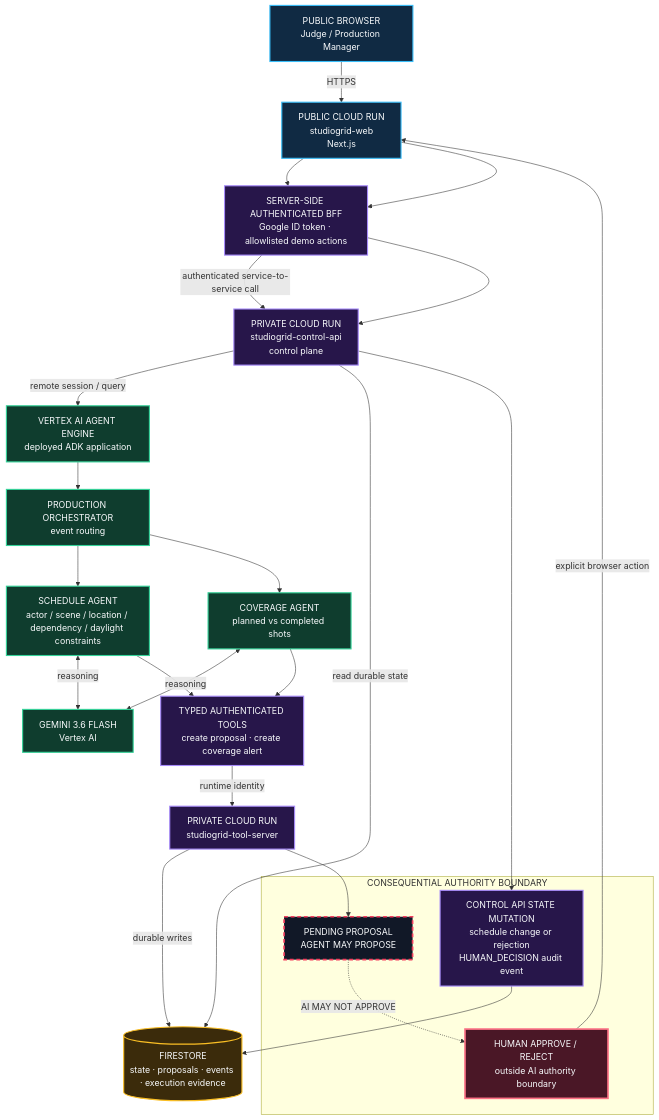
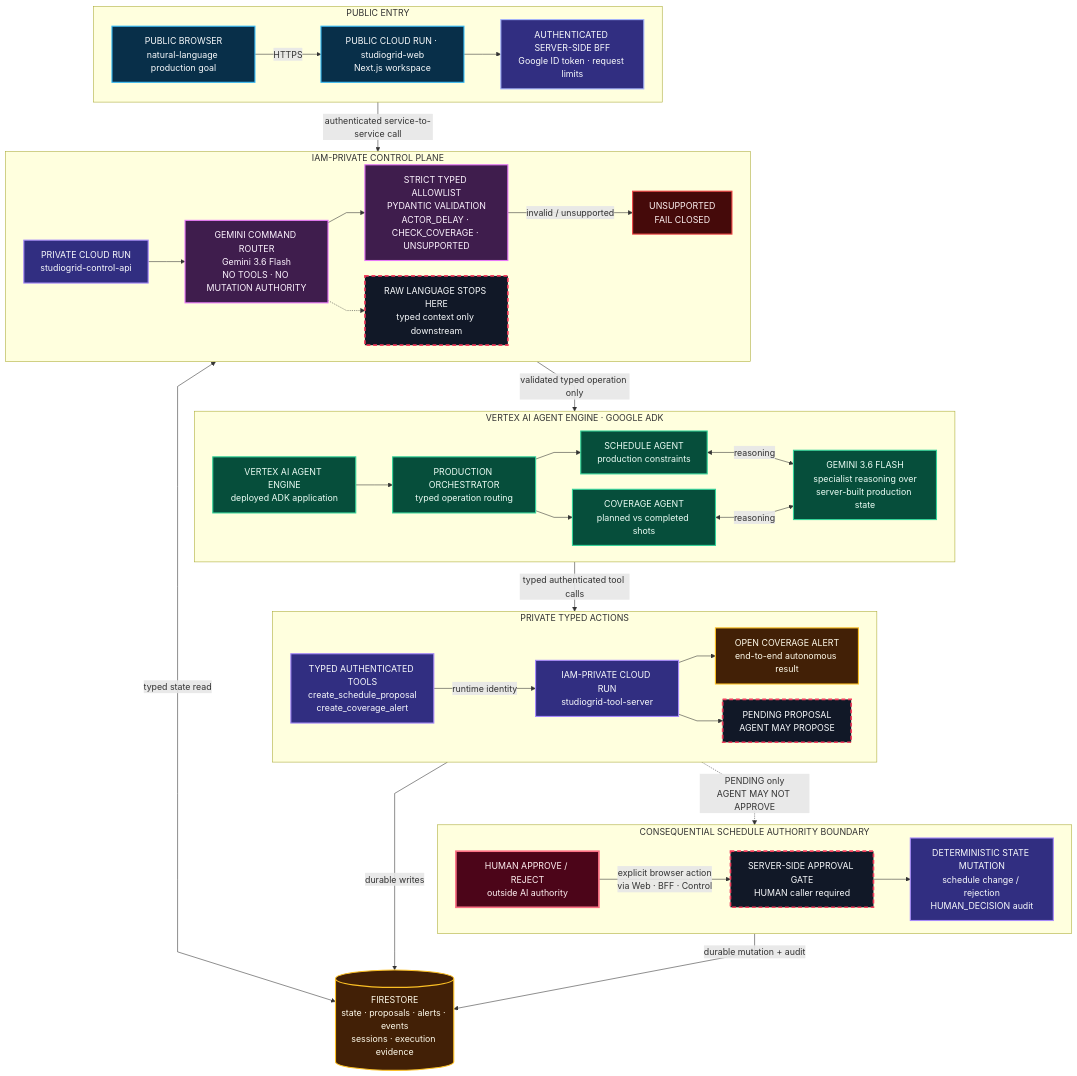
One commit to a63909/StudioGridAI changed the diagram in docs/all-things-agentic/architecture.mmd. Above: the diagram before and after it, drawn with Mermaid. The commit also changed 13 other files, not shown here.

Commit message:
Align All Things Agentic submission with Production Command

```diff
--- a/docs/all-things-agentic/architecture.mmd
+++ b/docs/all-things-agentic/architecture.mmd
@@ -1,52 +1,74 @@
+%%{init: {"flowchart": {"curve": "linear", "nodeSpacing": 28, "rankSpacing": 42}}}%%
 flowchart TB
-    classDef public fill:#102a43,stroke:#38bdf8,color:#f8fafc,stroke-width:2px
-    classDef private fill:#27164a,stroke:#a78bfa,color:#f8fafc,stroke-width:2px
-    classDef agent fill:#0f3d2e,stroke:#34d399,color:#f8fafc,stroke-width:2px
-    classDef data fill:#3b2b0b,stroke:#fbbf24,color:#f8fafc,stroke-width:2px
-    classDef human fill:#4a1726,stroke:#fb7185,color:#f8fafc,stroke-width:3px
-    classDef boundary fill:#111827,stroke:#f43f5e,color:#f8fafc,stroke-width:3px,stroke-dasharray: 7 5
+    classDef public fill:#082f49,stroke:#38bdf8,color:#f8fafc,stroke-width:2px
+    classDef control fill:#312e81,stroke:#a5b4fc,color:#f8fafc,stroke-width:2px
+    classDef safety fill:#3f1d4d,stroke:#e879f9,color:#fdf4ff,stroke-width:2px
+    classDef agent fill:#064e3b,stroke:#34d399,color:#ecfdf5,stroke-width:2px
+    classDef private fill:#312e81,stroke:#a78bfa,color:#f8fafc,stroke-width:2px
+    classDef data fill:#422006,stroke:#fbbf24,color:#fffbeb,stroke-width:2px
+    classDef human fill:#4c0519,stroke:#fb7185,color:#fff1f2,stroke-width:3px
+    classDef boundary fill:#111827,stroke:#f43f5e,color:#f8fafc,stroke-width:3px,stroke-dasharray:7 5
+    classDef closed fill:#450a0a,stroke:#ef4444,color:#fef2f2,stroke-width:2px
 
-    Browser["PUBLIC BROWSER<br/>Judge / Production Manager"]:::public
-    Web["PUBLIC CLOUD RUN<br/>studiogrid-web<br/>Next.js"]:::public
-    BFF["SERVER-SIDE AUTHENTICATED BFF<br/>Google ID token · allowlisted demo actions"]:::private
-    Control["PRIVATE CLOUD RUN<br/>studiogrid-control-api<br/>control plane"]:::private
-    Engine["VERTEX AI AGENT ENGINE<br/>deployed ADK application"]:::agent
-    Orchestrator["PRODUCTION ORCHESTRATOR<br/>event routing"]:::agent
-    Schedule["SCHEDULE AGENT<br/>actor / scene / location / dependency / daylight constraints"]:::agent
-    Coverage["COVERAGE AGENT<br/>planned vs completed shots"]:::agent
-    Gemini["GEMINI 3.6 FLASH<br/>Vertex AI"]:::agent
-    Tools["TYPED AUTHENTICATED TOOLS<br/>create proposal · create coverage alert"]:::private
-    ToolServer["PRIVATE CLOUD RUN<br/>studiogrid-tool-server"]:::private
-    Firestore[("FIRESTORE<br/>state · proposals · events · execution evidence")]:::data
+    subgraph Entry["PUBLIC ENTRY"]
+        direction LR
+        Browser["PUBLIC BROWSER<br/>natural-language production goal"]:::public
+        Web["PUBLIC CLOUD RUN · studiogrid-web<br/>Next.js workspace"]:::public
+        BFF["AUTHENTICATED SERVER-SIDE BFF<br/>Google ID token · request limits"]:::control
+        Browser -->|HTTPS| Web --> BFF
+    end
 
-    Pending["PENDING PROPOSAL<br/>AGENT MAY PROPOSE"]:::boundary
-    Human["HUMAN APPROVE / REJECT<br/>outside AI authority boundary"]:::human
-    Mutation["CONTROL API STATE MUTATION<br/>schedule change or rejection<br/>HUMAN_DECISION audit event"]:::private
+    subgraph ControlPlane["IAM-PRIVATE CONTROL PLANE"]
+        direction LR
+        Control["PRIVATE CLOUD RUN<br/>studiogrid-control-api"]:::private
+        Router["GEMINI COMMAND ROUTER<br/>Gemini 3.6 Flash<br/>NO TOOLS · NO MUTATION AUTHORITY"]:::safety
+        Validate["STRICT TYPED ALLOWLIST<br/>PYDANTIC VALIDATION<br/>ACTOR_DELAY · CHECK_COVERAGE · UNSUPPORTED"]:::safety
+        RawStop["RAW LANGUAGE STOPS HERE<br/>typed context only downstream"]:::boundary
+        Unsupported["UNSUPPORTED<br/>FAIL CLOSED"]:::closed
+        Control --> Router --> Validate
+        Router -.-> RawStop
+        Validate -->|invalid / unsupported| Unsupported
+    end
 
-    Browser -->|HTTPS| Web
-    Web --> BFF
-    BFF -->|authenticated service-to-service call| Control
-    Control -->|remote session / query| Engine
-    Engine --> Orchestrator
-    Orchestrator --> Schedule
-    Orchestrator --> Coverage
-    Schedule <-->|reasoning| Gemini
-    Coverage <-->|reasoning| Gemini
-    Schedule --> Tools
-    Coverage --> Tools
-    Tools -->|runtime identity| ToolServer
-    ToolServer -->|durable writes| Firestore
-    Control -->|read durable state| Firestore
-    ToolServer --> Pending
-    Pending -. "AI MAY NOT APPROVE" .-> Human
-    Human -->|explicit browser action| Web
-    Web --> BFF
-    BFF --> Control
-    Control --> Mutation
-    Mutation --> Firestore
+    subgraph AgentRuntime["VERTEX AI AGENT ENGINE · GOOGLE ADK"]
+        direction LR
+        Engine["VERTEX AI AGENT ENGINE<br/>deployed ADK application"]:::agent
+        Orchestrator["PRODUCTION ORCHESTRATOR<br/>typed operation routing"]:::agent
+        Schedule["SCHEDULE AGENT<br/>production constraints"]:::agent
+        Coverage["COVERAGE AGENT<br/>planned vs completed shots"]:::agent
+        SpecialistGemini["GEMINI 3.6 FLASH<br/>specialist reasoning over<br/>server-built production state"]:::agent
+        Engine --> Orchestrator
+        Orchestrator --> Schedule
+        Orchestrator --> Coverage
+        Schedule <-->|reasoning| SpecialistGemini
+        Coverage <-->|reasoning| SpecialistGemini
+    end
 
-    subgraph Authority["CONSEQUENTIAL AUTHORITY BOUNDARY"]
-      Pending
-      Human
-      Mutation
+    subgraph PrivateAction["PRIVATE TYPED ACTIONS"]
+        direction LR
+        TypedTools["TYPED AUTHENTICATED TOOLS<br/>create_schedule_proposal<br/>create_coverage_alert"]:::private
+        ToolServer["IAM-PRIVATE CLOUD RUN<br/>studiogrid-tool-server"]:::private
+        CoverageResult["OPEN COVERAGE ALERT<br/>end-to-end autonomous result"]:::data
+        Pending["PENDING PROPOSAL<br/>AGENT MAY PROPOSE"]:::boundary
+        TypedTools -->|runtime identity| ToolServer
+        ToolServer --> CoverageResult
+        ToolServer --> Pending
     end
+
+    subgraph Authority["CONSEQUENTIAL SCHEDULE AUTHORITY BOUNDARY"]
+        direction LR
+        Human["HUMAN APPROVE / REJECT<br/>outside AI authority"]:::human
+        ApprovalGate["SERVER-SIDE APPROVAL GATE<br/>HUMAN caller required"]:::boundary
+        Mutation["DETERMINISTIC STATE MUTATION<br/>schedule change / rejection<br/>HUMAN_DECISION audit"]:::private
+        Human -->|explicit browser action<br/>via Web · BFF · Control| ApprovalGate --> Mutation
+    end
+
+    Firestore[("FIRESTORE<br/>state · proposals · alerts · events<br/>sessions · execution evidence")]:::data
+
+    Entry -->|authenticated service-to-service call| ControlPlane
+    ControlPlane -->|validated typed operation only| AgentRuntime
+    AgentRuntime -->|typed authenticated tool calls| PrivateAction
+    ControlPlane <-->|typed state read| Firestore
+    PrivateAction -->|durable writes| Firestore
+    PrivateAction -. "PENDING only<br/>AGENT MAY NOT APPROVE" .-> Authority
+    Authority -->|durable mutation + audit| Firestore
```
